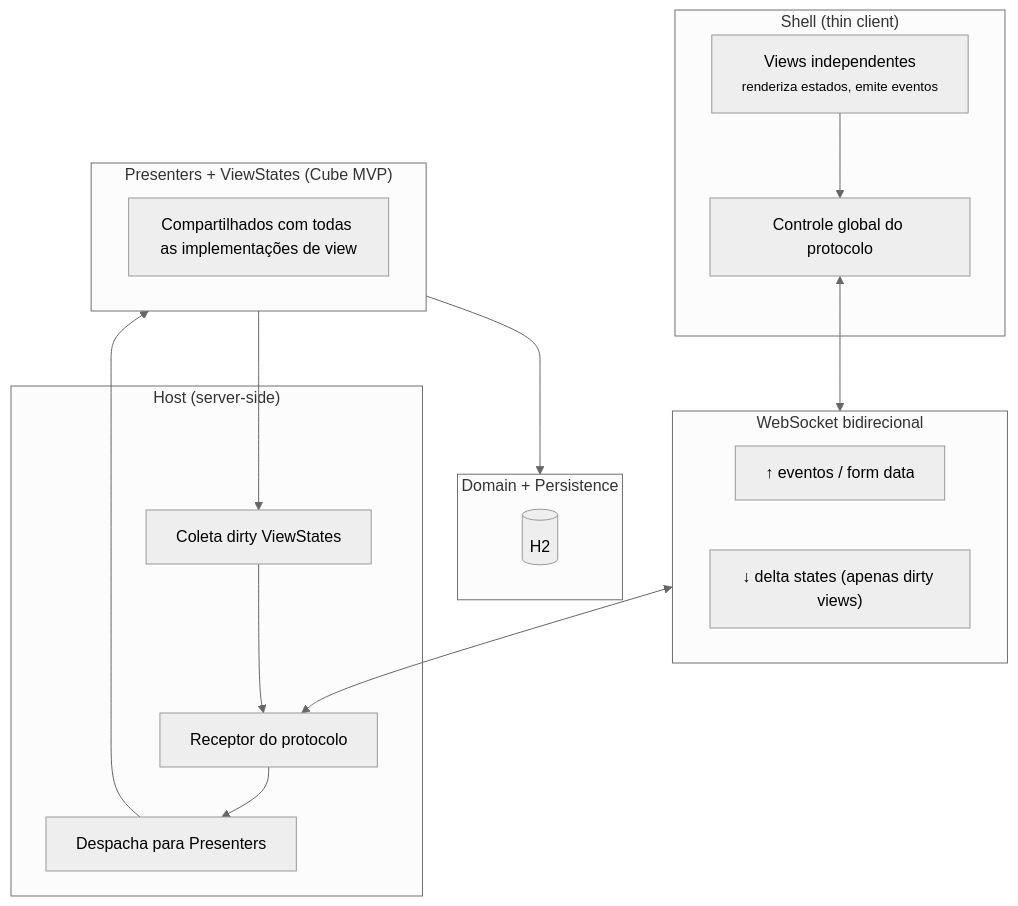
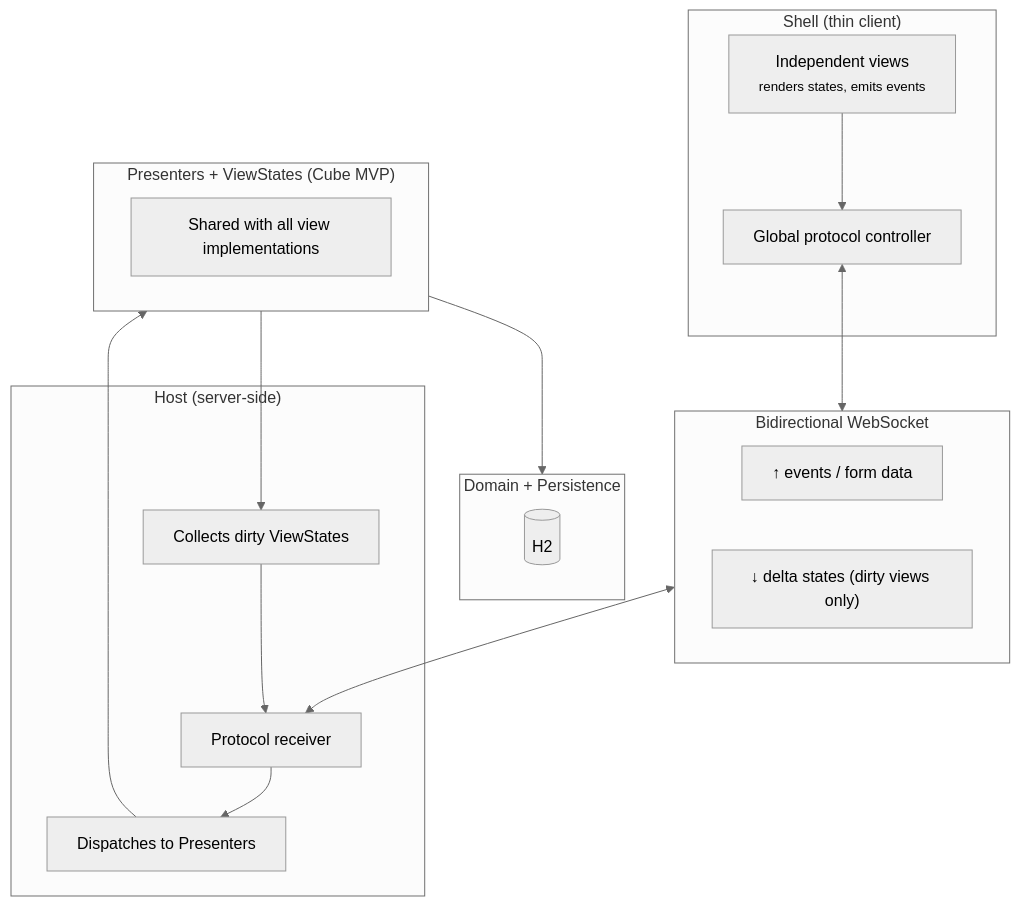
Before and after one commit to mrcdom/wdc-cube-java-v2: the first of 3 diagrams in fontes/br.com.wdc.shopping/br.com.wdc.shopping.view.remote/README.md, drawn with Mermaid (neutral theme). The commit also changed other lines of this file and 69 other files, not shown here.

````diff
--- a/fontes/br.com.wdc.shopping/br.com.wdc.shopping.view.remote/README.md
+++ b/fontes/br.com.wdc.shopping/br.com.wdc.shopping.view.remote/README.md
@@ -17,32 +17,32 @@
 ```mermaid
 graph TD
     subgraph Shell["Shell (thin client)"]
-        views["Views independentes<br/><small>renderiza estados, emite eventos</small>"]
-        proto_c["Controle global do protocolo"]
+        views["Independent views<br/><small>renders states, emits events</small>"]
+        proto_c["Global protocol controller"]
     end
 
-    subgraph Transport["WebSocket bidirecional"]
-        up["↑ eventos / form data"]
-        down["↓ delta states (apenas dirty views)"]
+    subgraph Transport["Bidirectional WebSocket"]
+        up["↑ events / form data"]
+        down["↓ delta states (dirty views only)"]
     end
 
     subgraph Host["Host (server-side)"]
-        proto_s["Receptor do protocolo"]
-        dispatch["Despacha para Presenters"]
-        collect["Coleta dirty ViewStates"]
+        proto_s["Protocol receiver"]
+        dispatch["Dispatches to Presenters"]
+        collect["Collects dirty ViewStates"]
     end
 
     subgraph Core["Presenters + ViewStates (Cube MVP)"]
-        presenters["Compartilhados com todas as implementações de view"]
+        presenters["Shared with all view implementations"]
     end
 
     subgraph Data["Domain + Persistence"]
         db[("H2")]
     end
 
     views --> proto_c
     proto_c <--> Transport
     Transport <--> proto_s
     proto_s --> dispatch --> Core --> Data
     Core --> collect --> proto_s
 ```
````
